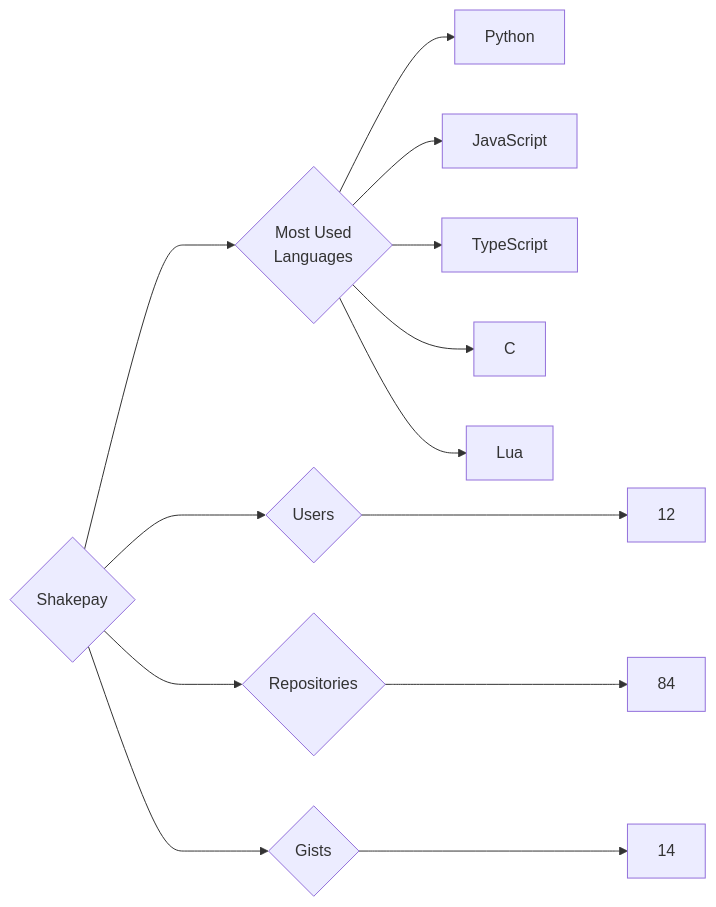
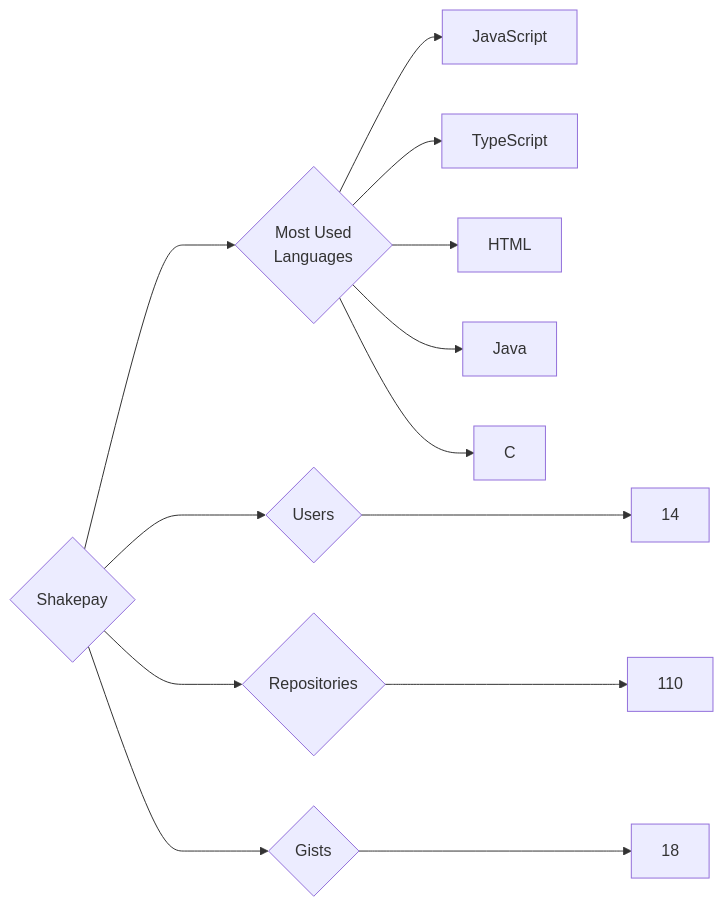
The diagram in targets/Shakepay/README.md (trickest/insiders), drawn with Mermaid before and after one commit. The commit also changed 1508 other files, not shown here.

````diff
--- a/targets/Shakepay/README.md
+++ b/targets/Shakepay/README.md
@@ -3,13 +3,13 @@
 ```mermaid
 graph LR
 COMPANY_NAME{Shakepay}
-COMPANY_NAME ---> U{Users} ---> UN[12]
-COMPANY_NAME ---> R{Repositories} ---> RN[84]
-COMPANY_NAME ---> G{Gists} ---> GN[14]
+COMPANY_NAME ---> U{Users} ---> UN[14]
+COMPANY_NAME ---> R{Repositories} ---> RN[110]
+COMPANY_NAME ---> G{Gists} ---> GN[18]
 COMPANY_NAME ---> ML{Most Used<br>Languages}
-ML --> Python[Python]
 ML --> JavaScript[JavaScript]
 ML --> TypeScript[TypeScript]
+ML --> HTML[HTML]
+ML --> Java[Java]
 ML --> C[C]
-ML --> Lua[Lua]
 ```
````
